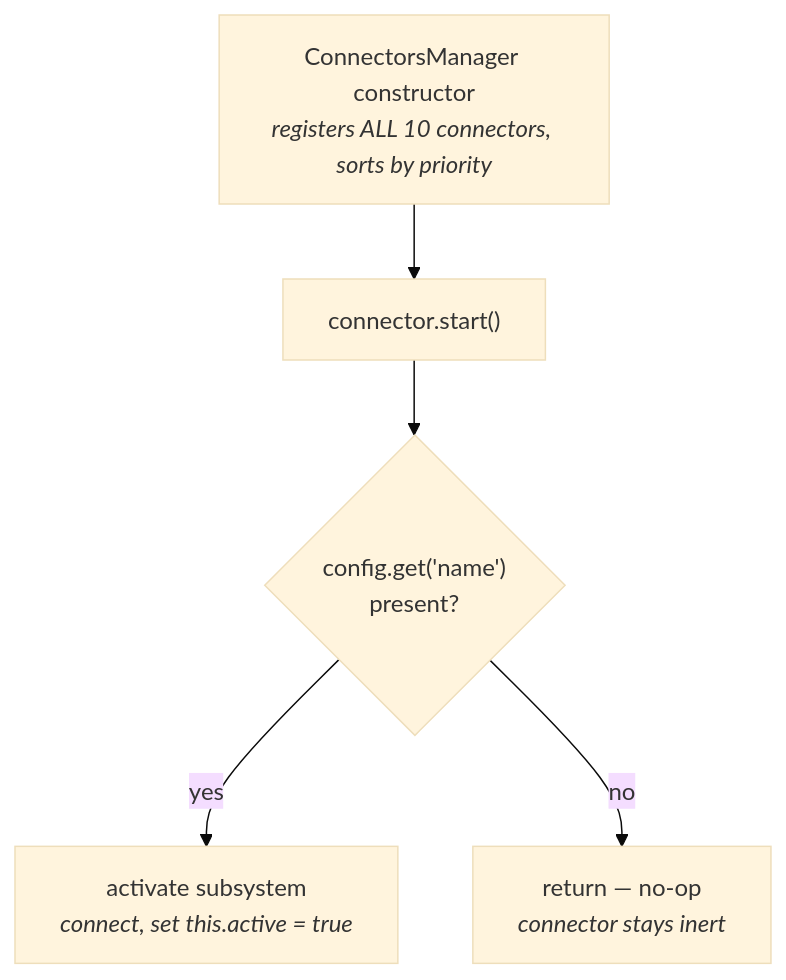
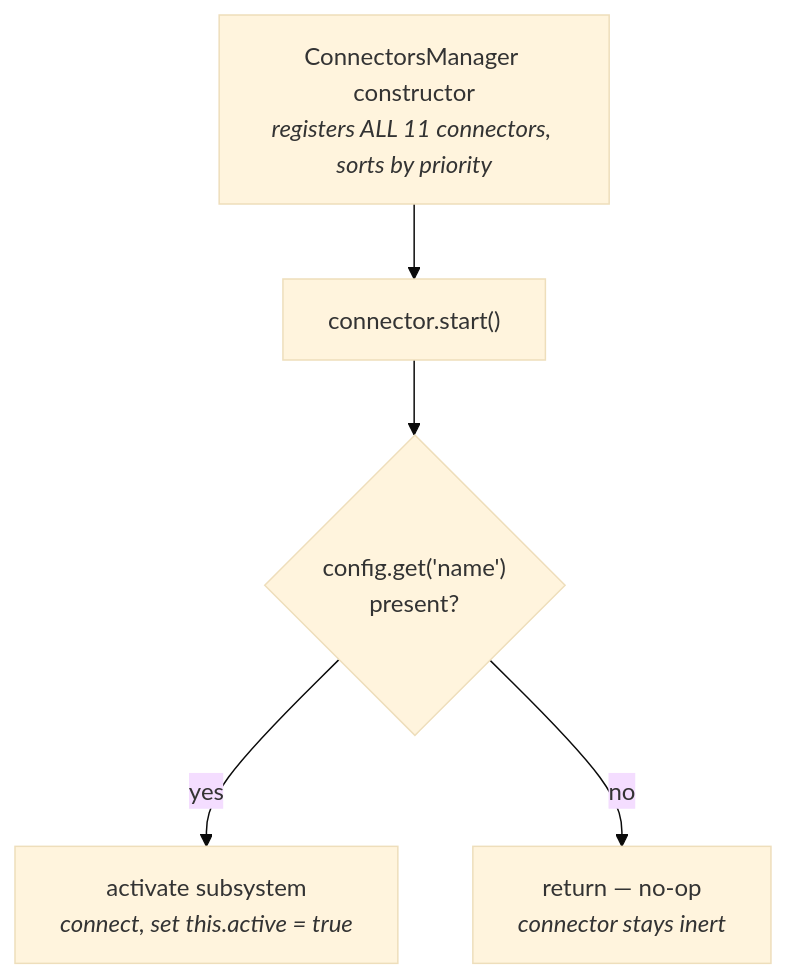
One commit to warlockjs/documentation changed the first of 3 diagrams in src/content/docs/v/latest/core/architecture-concepts/connectors.md. Above: the diagram before and after it, drawn with Mermaid (base theme). The commit also changed other lines of this file and 51 other files, not shown here.

````diff
--- a/src/content/docs/v/latest/core/architecture-concepts/connectors.md
+++ b/src/content/docs/v/latest/core/architecture-concepts/connectors.md
@@ -20,13 +20,13 @@
 ```mermaid
 flowchart TD
-    ctor["ConnectorsManager constructor<br/><i>registers ALL 10 connectors, sorts by priority</i>"]
+    ctor["ConnectorsManager constructor<br/><i>registers ALL 11 connectors, sorts by priority</i>"]
     start["connector.start()"]
     check{"config.get('name')<br/>present?"}
     activate["activate subsystem<br/><i>connect, set this.active = true</i>"]
     noop["return — no-op<br/><i>connector stays inert</i>"]
 
     ctor --> start
     start --> check
     check -->|yes| activate
     check -->|no| noop
 ```
````
